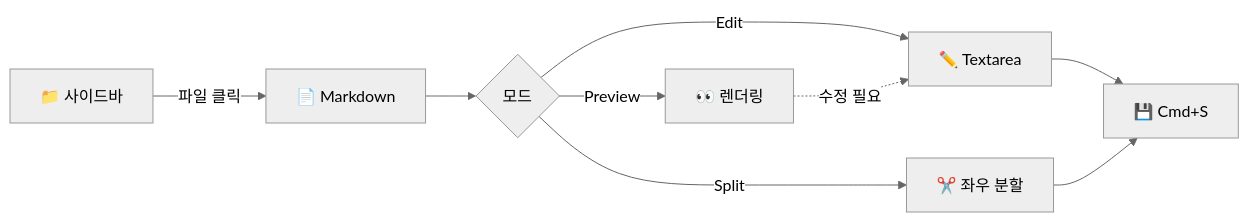
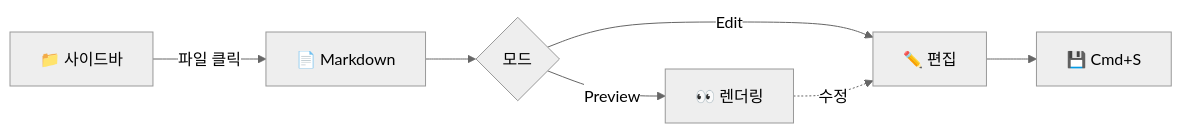
The diagram in USAGE_WEB.md (neo2544/mdviewer), drawn with Mermaid (neutral theme) before and after one commit. The commit also changed other lines of this file, not shown here.

````diff
--- a/USAGE_WEB.md
+++ b/USAGE_WEB.md
@@ -132,11 +38,9 @@
 ```mermaid
 flowchart LR
     A[📁 사이드바] -->|파일 클릭| B[📄 Markdown]
     B --> C{모드}
     C -- Preview --> D[👀 렌더링]
-    C -- Edit --> E[✏️ Textarea]
-    C -- Split --> F[✂️ 좌우 분할]
-    E --> G[💾 Cmd+S]
-    F --> G
-    D -.수정 필요-.-> E
+    C -- Edit --> E[✏️ 편집]
+    E --> F[💾 Cmd+S]
+    D -.수정-.-> E
 ```
````
